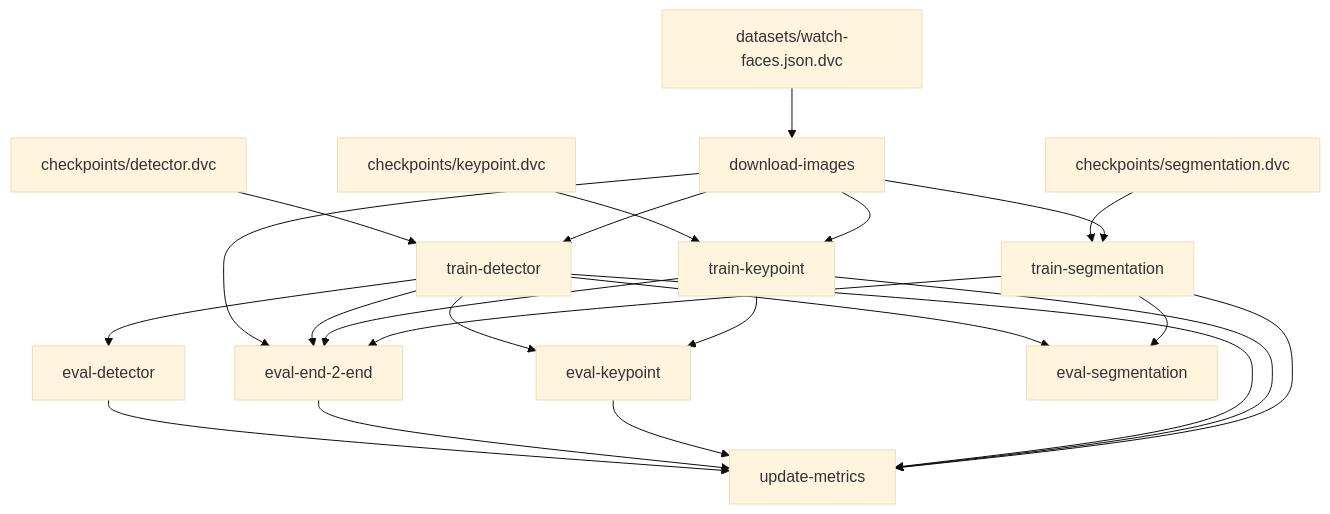
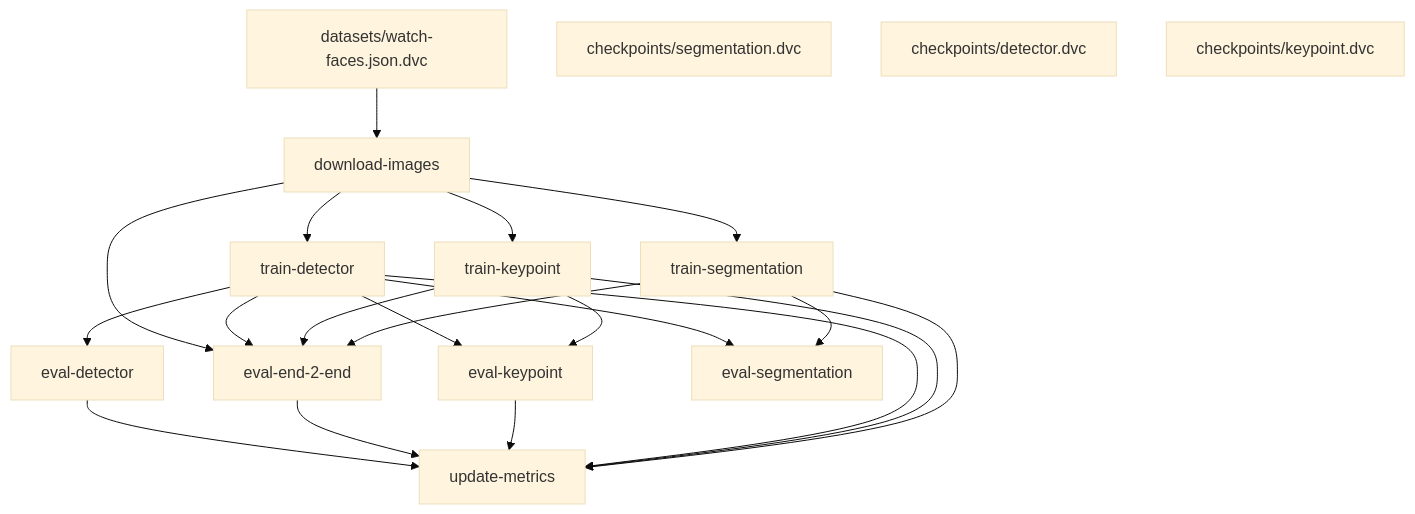
Before and after one commit to akucia/analog-watch-recognition: the diagram in README.md, drawn with Mermaid (base theme). The commit also changed other lines of this file and 5 other files, not shown here.

````diff
--- a/README.md
+++ b/README.md
@@ -2,38 +2,35 @@
 ```mermaid
 flowchart TD
-	node1["checkpoints/detector.dvc"]
-	node2["checkpoints/keypoint.dvc"]
-	node3["checkpoints/segmentation.dvc"]
-	node4["datasets/watch-faces.json.dvc"]
-	node5["download-images"]
-	node6["eval-detector"]
-	node7["eval-end-2-end"]
-	node8["eval-keypoint"]
-	node9["eval-segmentation"]
-	node10["train-detector"]
-	node11["train-keypoint"]
-	node12["train-segmentation"]
-	node13["update-metrics"]
-	node1-->node10
-	node2-->node11
-	node3-->node12
-	node4-->node5
-	node5-->node7
+	node1["datasets/watch-faces.json.dvc"]
+	node2["download-images"]
+	node3["eval-detector"]
+	node4["eval-end-2-end"]
+	node5["eval-keypoint"]
+	node6["eval-segmentation"]
+	node7["train-detector"]
+	node8["train-keypoint"]
+	node9["train-segmentation"]
+	node10["update-metrics"]
+	node1-->node2
+	node2-->node4
+	node2-->node7
+	node2-->node8
+	node2-->node9
+	node3-->node10
+	node4-->node10
 	node5-->node10
-	node5-->node11
-	node5-->node12
-	node6-->node13
-	node7-->node13
-	node8-->node13
-	node10-->node6
-	node10-->node7
-	node10-->node8
-	node10-->node9
-	node10-->node13
-	node11-->node7
-	node11-->node8
-	node11-->node13
-	node12-->node7
-	node12-->node9
-	node12-->node13
+	node7-->node3
+	node7-->node4
+	node7-->node5
+	node7-->node6
+	node7-->node10
+	node8-->node4
+	node8-->node5
+	node8-->node10
+	node9-->node4
+	node9-->node6
+	node9-->node10
+	node11["checkpoints/segmentation.dvc"]
+	node12["checkpoints/detector.dvc"]
+	node13["checkpoints/keypoint.dvc"]
 ```
````
